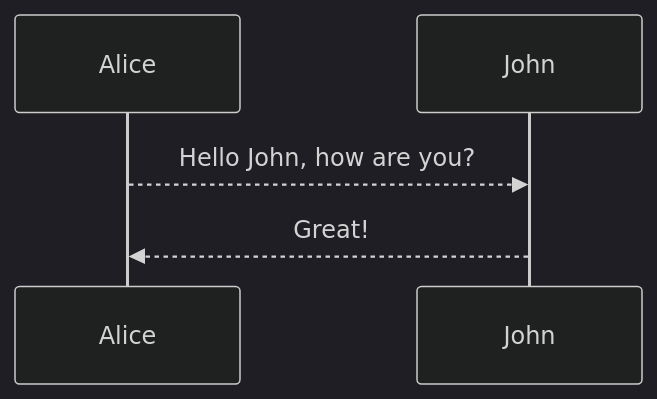
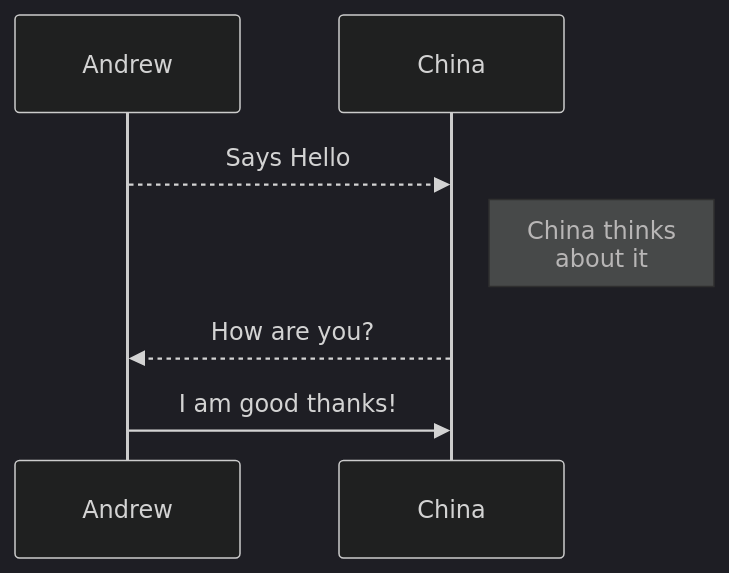
Before and after one commit to mzlogin/mzlogin.github.io: the first of 3 diagrams in _wiki/markdown.md, drawn with Mermaid (dark theme). The commit also changed other lines of this file and 1 other file, not shown here.

Commit message:
update mermaid version

````diff
--- a/_wiki/markdown.md
+++ b/_wiki/markdown.md
@@ -181,5 +183,7 @@
 ```mermaid
 sequenceDiagram
-    Alice-->>John: Hello John, how are you?  
-    John-->>Alice: Great!
+    Andrew-->>China: Says Hello  
+    Note right of China: China thinks<br/>about it
+    China-->>Andrew: How are you?
+    Andrew->>China: I am good thanks!
 ```
````
